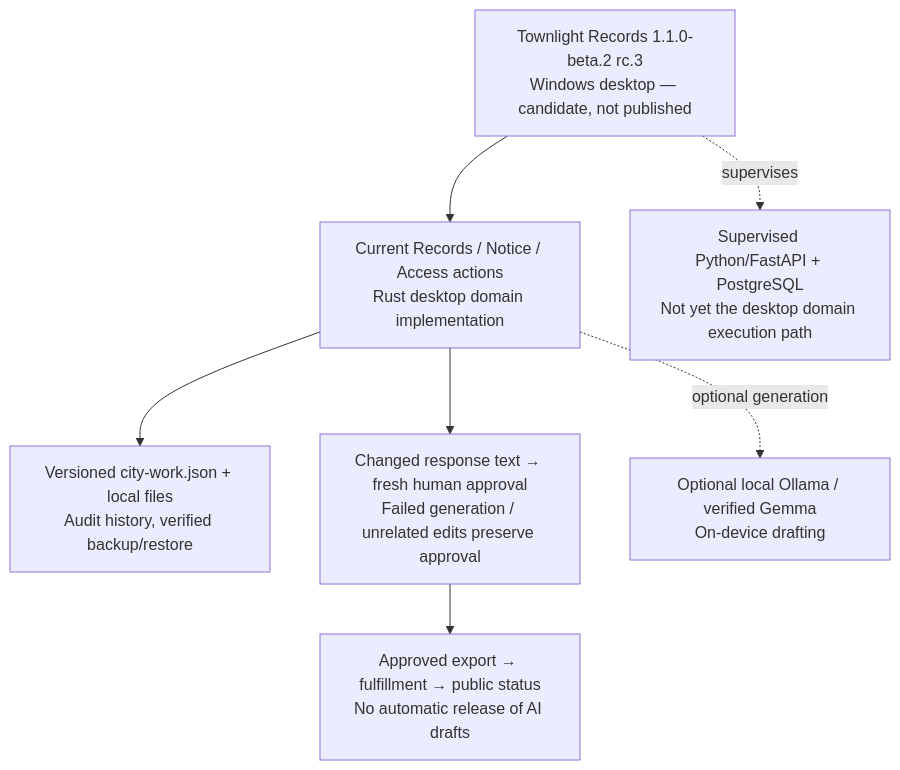
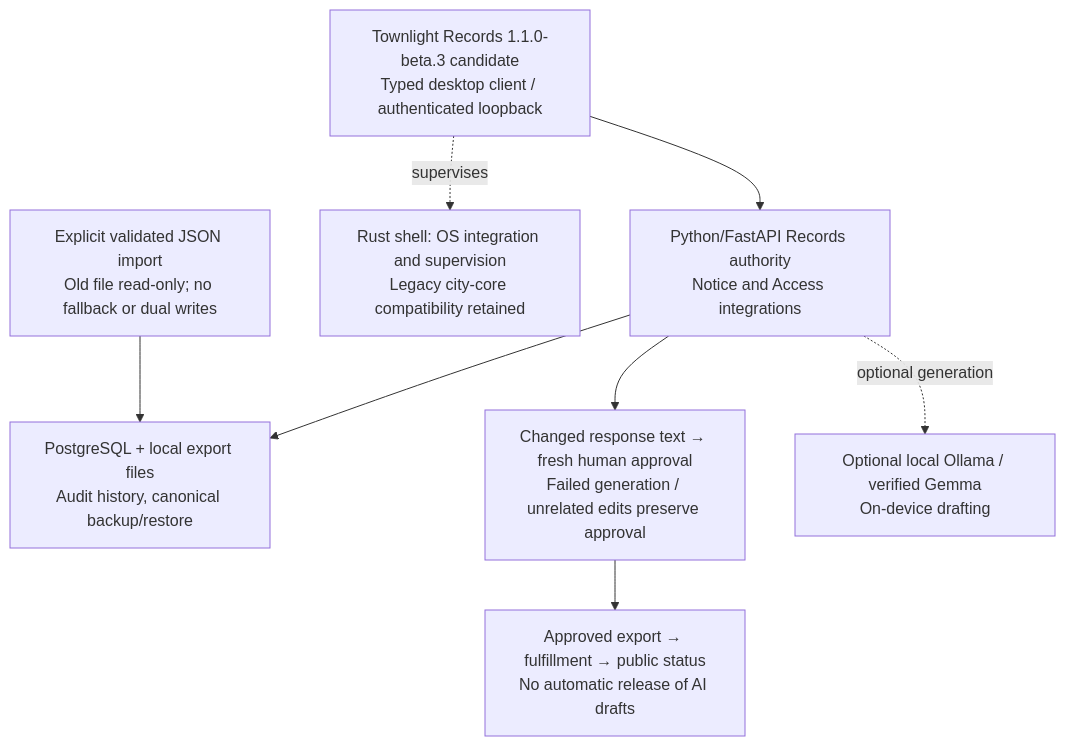
One commit to townlight/townlight changed the diagram in docs/diagrams/suite-architecture.mmd. Above: the diagram before and after it, drawn with Mermaid. The commit also changed 10 other files, not shown here.

```diff
--- a/docs/diagrams/suite-architecture.mmd
+++ b/docs/diagrams/suite-architecture.mmd
@@ -1,13 +1,15 @@
 flowchart TB
-    UI["Townlight Records 1.1.0-beta.2 rc.3<br/>Windows desktop — candidate, not published"]
-    Domain["Current Records / Notice / Access actions<br/>Rust desktop domain implementation"]
-    State["Versioned city-work.json + local files<br/>Audit history, verified backup/restore"]
+    UI["Townlight Records 1.1.0-beta.3 candidate<br/>Typed desktop client / authenticated loopback"]
+    Domain["Python/FastAPI Records authority<br/>Notice and Access integrations"]
+    State["PostgreSQL + local export files<br/>Audit history, canonical backup/restore"]
     Review["Changed response text → fresh human approval<br/>Failed generation / unrelated edits preserve approval"]
     Release["Approved export → fulfillment → public status<br/>No automatic release of AI drafts"]
-    Runtime["Supervised Python/FastAPI + PostgreSQL<br/>Not yet the desktop domain execution path"]
+    Runtime["Rust shell: OS integration and supervision<br/>Legacy city-core compatibility retained"]
+    Import["Explicit validated JSON import<br/>Old file read-only; no fallback or dual writes"]
     AI["Optional local Ollama / verified Gemma<br/>On-device drafting"]
     UI --> Domain
     Domain --> State
+    Import --> State
     Domain --> Review --> Release
     UI -. supervises .-> Runtime
     Domain -. optional generation .-> AI
```
